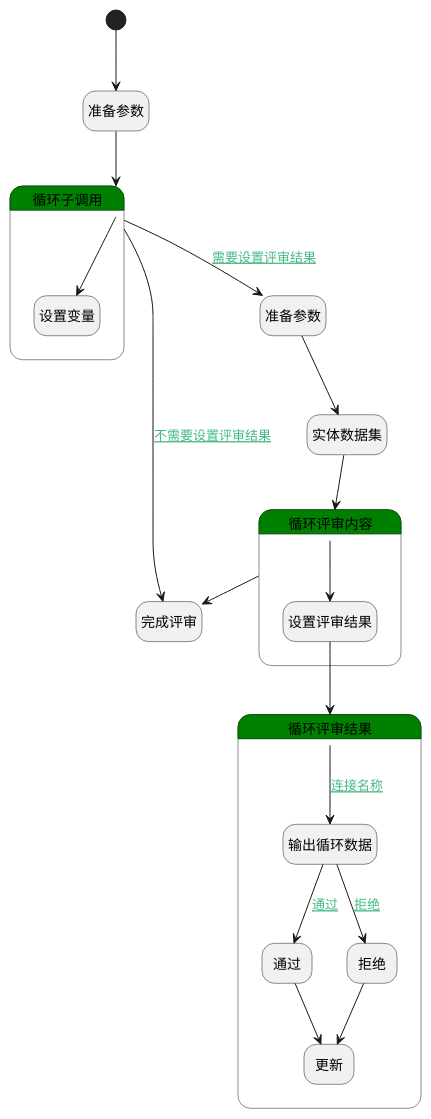
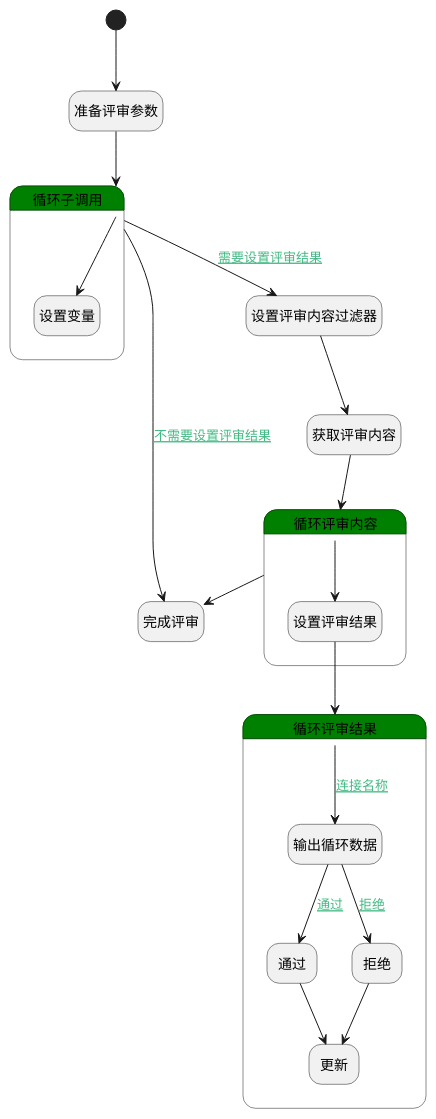
The diagram in doc/docsify/module/TestMgmt/review/logic/completed_review.md (iBizLab/plm), drawn with PlantUML before and after one commit. The commit also changed other lines of this file and 1778 other files, not shown here.

````diff
--- a/doc/docsify/module/TestMgmt/review/logic/completed_review.md
+++ b/doc/docsify/module/TestMgmt/review/logic/completed_review.md
@@ -7,48 +7,48 @@
 ```plantuml
 @startuml
 hide empty description
 <style>
 root {
   HyperlinkColor #42b983
 }
 </style>
 
 hide empty description
 state "开始" as Begin <<start>> [[$./completed_review#begin {"开始"}]]
 state "完成评审" as DEACTION2  [[$./completed_review#deaction2 {"完成评审"}]]
-state "准备参数" as PREPAREPARAM10  [[$./completed_review#prepareparam10 {"准备参数"}]]
-state "实体数据集" as DEDATASET1  [[$./completed_review#dedataset1 {"实体数据集"}]]
-state "准备参数" as PREPAREPARAM9  [[$./completed_review#prepareparam9 {"准备参数"}]]
+state "设置评审内容过滤器" as PREPAREPARAM10  [[$./completed_review#prepareparam10 {"设置评审内容过滤器"}]]
+state "获取评审内容" as DEDATASET1  [[$./completed_review#dedataset1 {"获取评审内容"}]]
+state "准备评审参数" as PREPAREPARAM9  [[$./completed_review#prepareparam9 {"准备评审参数"}]]
 state "循环子调用" as LOOPSUBCALL3  [[$./completed_review#loopsubcall3 {"循环子调用"}]] #green {
 state "设置变量" as PREPAREPARAM7  [[$./completed_review#prepareparam7 {"设置变量"}]]
 }
 state "循环评审内容" as LOOPSUBCALL1  [[$./completed_review#loopsubcall1 {"循环评审内容"}]] #green {
 state "设置评审结果" as PREPAREPARAM2  [[$./completed_review#prepareparam2 {"设置评审结果"}]]
 }
 state "循环评审结果" as LOOPSUBCALL2  [[$./completed_review#loopsubcall2 {"循环评审结果"}]] #green {
 state "输出循环数据" as DEBUGPARAM1  [[$./completed_review#debugparam1 {"输出循环数据"}]]
 state "通过" as PREPAREPARAM4  [[$./completed_review#prepareparam4 {"通过"}]]
 state "拒绝" as PREPAREPARAM5  [[$./completed_review#prepareparam5 {"拒绝"}]]
 state "更新" as DEACTION1  [[$./completed_review#deaction1 {"更新"}]]
 }
 
 
 Begin --> PREPAREPARAM9
 PREPAREPARAM9 --> LOOPSUBCALL3
 LOOPSUBCALL3 --> PREPAREPARAM7
 LOOPSUBCALL3 --> PREPAREPARAM10 : [[$./completed_review#loopsubcall3-prepareparam10{需要设置评审结果} 需要设置评审结果]]
 PREPAREPARAM10 --> DEDATASET1
 DEDATASET1 --> LOOPSUBCALL1
 LOOPSUBCALL1 --> PREPAREPARAM2
 PREPAREPARAM2 --> LOOPSUBCALL2
 LOOPSUBCALL2 --> DEBUGPARAM1 : [[$./completed_review#loopsubcall2-debugparam1{连接名称} 连接名称]]
 DEBUGPARAM1 --> PREPAREPARAM4 : [[$./completed_review#debugparam1-prepareparam4{通过} 通过]]
 PREPAREPARAM4 --> DEACTION1
 DEBUGPARAM1 --> PREPAREPARAM5 : [[$./completed_review#debugparam1-prepareparam5{拒绝} 拒绝]]
 PREPAREPARAM5 --> DEACTION1
 LOOPSUBCALL1 --> DEACTION2
 LOOPSUBCALL3 --> DEACTION2 : [[$./completed_review#loopsubcall3-deaction2{不需要设置评审结果} 不需要设置评审结果]]
 
 
 @enduml
 ```
````
